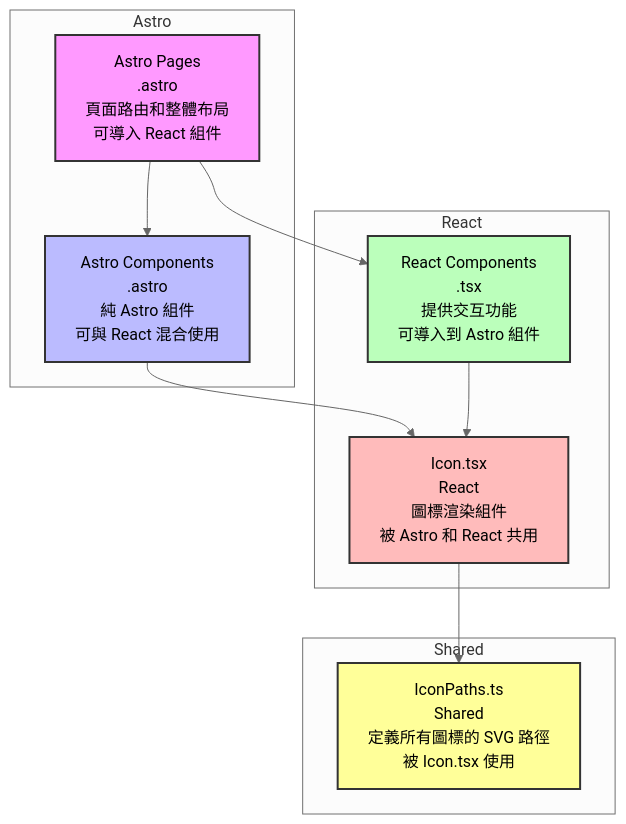
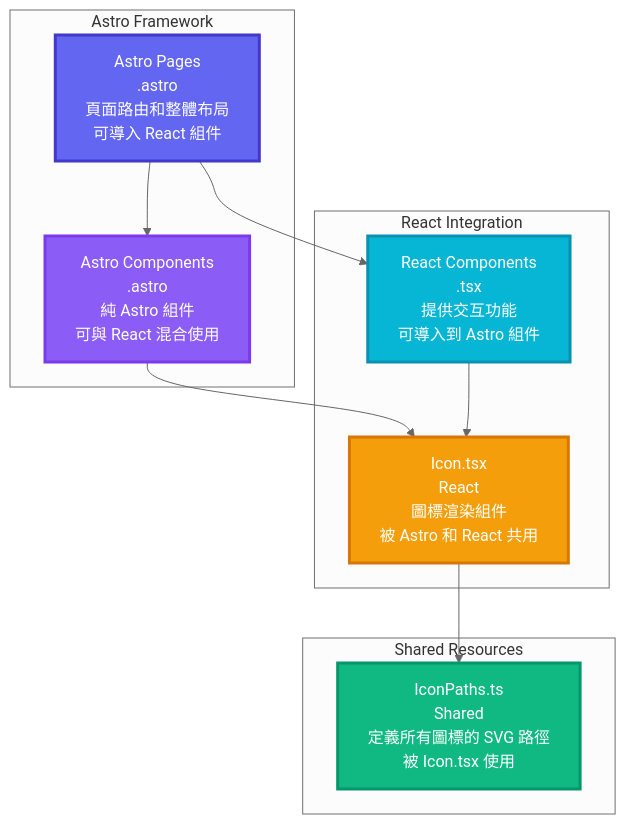
Before and after one commit to Vinskao/ty-multiverse: the sixth of 7 diagrams in README.md, drawn with Mermaid (neutral theme). The commit also changed 7 other files, not shown here.

````diff
--- a/README.md
+++ b/README.md
@@ -171,28 +171,34 @@
 ```mermaid
 graph TD
-    A[Astro Pages<br>.astro<br>頁面路由和整體布局<br>可導入 React 組件] --> B[Astro Components<br>.astro<br>純 Astro 組件<br>可與 React 混合使用]
-    A --> C[React Components<br>.tsx<br>提供交互功能<br>可導入到 Astro 組件]
-    B --> D[Icon.tsx<br>React<br>圖標渲染組件<br>被 Astro 和 React 共用]
+    A[Astro Pages<br/>.astro<br/>頁面路由和整體布局<br/>可導入 React 組件] --> B[Astro Components<br/>.astro<br/>純 Astro 組件<br/>可與 React 混合使用]
+    A --> C[React Components<br/>.tsx<br/>提供交互功能<br/>可導入到 Astro 組件]
+    B --> D[Icon.tsx<br/>React<br/>圖標渲染組件<br/>被 Astro 和 React 共用]
     C --> D
-    D --> E[IconPaths.ts<br>Shared<br>定義所有圖標的 SVG 路徑<br>被 Icon.tsx 使用]
+    D --> E[IconPaths.ts<br/>Shared<br/>定義所有圖標的 SVG 路徑<br/>被 Icon.tsx 使用]
     
-    subgraph "Astro"
+    subgraph "Astro Framework"
         A
         B
     end
     
-    subgraph "React"
+    subgraph "React Integration"
         C
         D
     end
     
-    subgraph "Shared"
+    subgraph "Shared Resources"
         E
     end
 
-    style A fill:#f9f,stroke:#333,stroke-width:2px
-    style B fill:#bbf,stroke:#333,stroke-width:2px
-    style C fill:#bfb,stroke:#333,stroke-width:2px
-    style D fill:#fbb,stroke:#333,stroke-width:2px
-    style E fill:#ff9,stroke:#333,stroke-width:2px
+    %% Professional color scheme
+    style A fill:#6366f1,stroke:#4338ca,stroke-width:3px,color:#ffffff
+    style B fill:#8b5cf6,stroke:#7c3aed,stroke-width:3px,color:#ffffff
+    style C fill:#06b6d4,stroke:#0891b2,stroke-width:3px,color:#ffffff
+    style D fill:#f59e0b,stroke:#d97706,stroke-width:3px,color:#ffffff
+    style E fill:#10b981,stroke:#059669,stroke-width:3px,color:#ffffff
+    
+    %% Subgraph styling
+    classDef astroGroup fill:#f8fafc,stroke:#cbd5e1,stroke-width:2px
+    classDef reactGroup fill:#f0f9ff,stroke:#7dd3fc,stroke-width:2px
+    classDef sharedGroup fill:#f0fdf4,stroke:#86efac,stroke-width:2px
 ```
````
